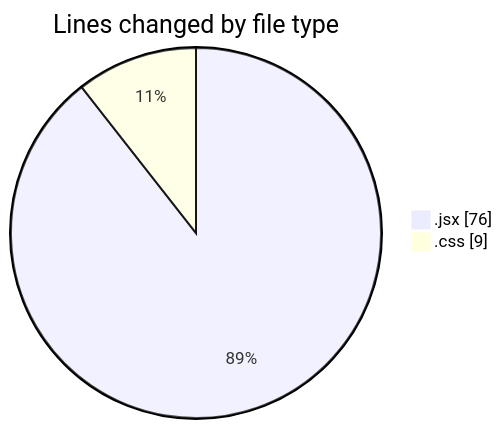
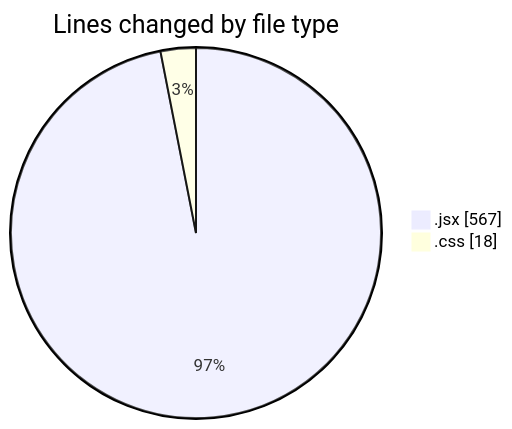
The first of 2 diagrams in 2025-05-27/react_ecom/README.md (Elitesun/code-tracking), drawn with Mermaid before and after one commit. The commit also changed other lines of this file and 1 other file, not shown here.

````diff
--- a/2025-05-27/react_ecom/README.md
+++ b/2025-05-27/react_ecom/README.md
@@ -23,6 +32,6 @@
 ```mermaid
 pie showData
 title Lines changed by file type
-".jsx" : 76
-".css" : 9
+".jsx" : 567
+".css" : 18
 ```
````
